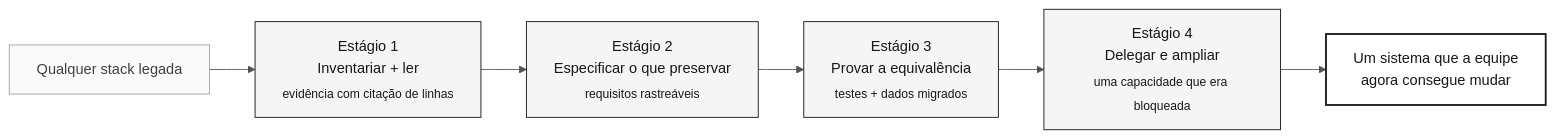
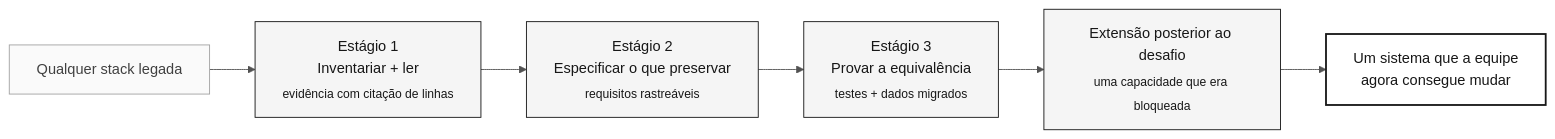
Before and after one commit to serpro-workshop-floripa/sifap-workshop-paula-00: the diagram in 07-concepts/07-method-beyond-mainframe.md, drawn with Mermaid. The commit also changed other lines of this file and 22 other files, not shown here.

````diff
--- a/07-concepts/07-method-beyond-mainframe.md
+++ b/07-concepts/07-method-beyond-mainframe.md
@@ -46,16 +46,16 @@
 ```mermaid
 %%{init: {'theme':'neutral','themeVariables':{'fontFamily':'ui-sans-serif, system-ui, sans-serif','primaryColor':'#F5F5F5','primaryTextColor':'#171717','primaryBorderColor':'#171717','lineColor':'#525252','secondaryColor':'#FFFFFF','tertiaryColor':'#FAFAFA','background':'#FFFFFF'}}}%%
 flowchart LR
     classDef step fill:#F5F5F5,stroke:#171717,color:#171717
     classDef muted fill:#FAFAFA,stroke:#A3A3A3,color:#404040
     classDef result fill:#FFFFFF,stroke:#171717,color:#171717,stroke-width:2px
 
     A["Estágio 1<br/>Inventariar + ler<br/><sub>evidência com citação de linhas</sub>"]:::step
     B["Estágio 2<br/>Especificar o que preservar<br/><sub>requisitos rastreáveis</sub>"]:::step
     C["Estágio 3<br/>Provar a equivalência<br/><sub>testes + dados migrados</sub>"]:::step
-    D["Estágio 4<br/>Delegar e ampliar<br/><sub>uma capacidade que era bloqueada</sub>"]:::step
+    D["Extensão posterior ao desafio<br/><sub>uma capacidade que era bloqueada</sub>"]:::step
     L["Qualquer stack legada"]:::muted
     R["Um sistema que a equipe<br/>agora consegue mudar"]:::result
 
     L --> A --> B --> C --> D --> R
 ```
````
